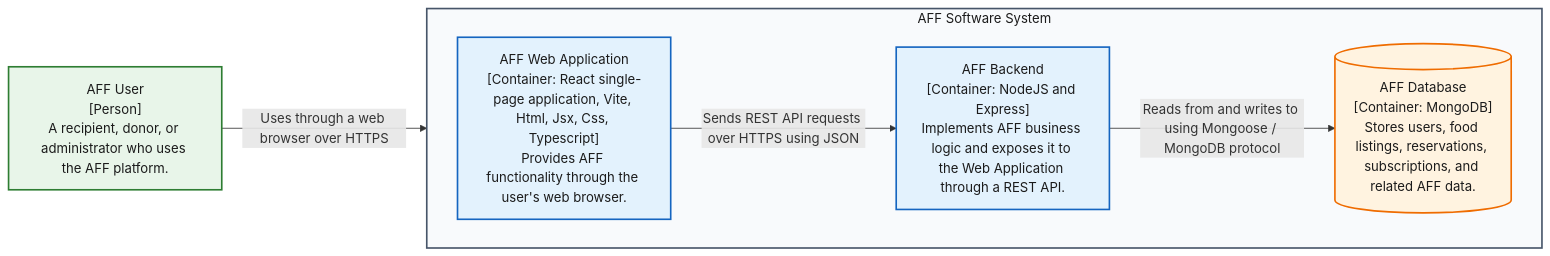
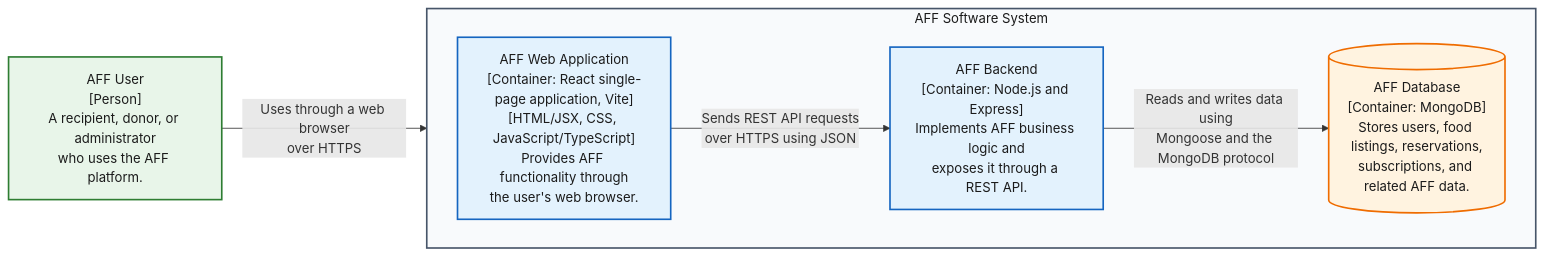
Before and after one commit to 2026B-FullStackDevelopment/aff: the diagram in docs/container-diagram.md, drawn with Mermaid. The commit also changed other lines of this file, not shown here.

Commit message:
Update container diagram to show fully on Github

````diff
--- a/docs/container-diagram.md
+++ b/docs/container-diagram.md
@@ -5,25 +5,25 @@
 ```mermaid
 %%{init: {"flowchart": {"curve": "linear"}}}%%
 flowchart LR
-  user["AFF User<br/>[Person]<br/>A recipient, donor, or administrator who uses the AFF platform."]
+  user["AFF User<br/>[Person]<br/>A recipient, donor, or administrator<br/>who uses the AFF platform."]
 
   subgraph aff["AFF Software System"]
     direction LR
-    web["AFF Web Application<br/>[Container: React single-page application, Vite, Html, Jsx, Css, Typescript]<br/>Provides AFF functionality through the user's web browser."]
-    backend["AFF Backend<br/>[Container: NodeJS and Express]<br/>Implements AFF business logic and exposes it to the Web Application through a REST API."]
-    database[("AFF Database<br/>[Container: MongoDB]<br/>Stores users, food listings, reservations, subscriptions, and related AFF data.")]
+    web["AFF Web Application<br/>[Container: React single-page application, Vite]<br/>[HTML/JSX, CSS, JavaScript/TypeScript]<br/>Provides AFF functionality through<br/>the user's web browser."]
+    backend["AFF Backend<br/>[Container: Node.js and Express]<br/>Implements AFF business logic and<br/>exposes it through a REST API."]
+    database[("AFF Database<br/>[Container: MongoDB]<br/>Stores users, food listings, reservations,<br/>subscriptions, and related AFF data.")]
 
-    web -->|"Sends REST API requests over HTTPS using JSON"| backend
-    backend -->|"Reads from and writes to using Mongoose / MongoDB protocol"| database
+    web -->|"Sends REST API requests<br/>over HTTPS using JSON"| backend
+    backend -->|"Reads and writes data using<br/>Mongoose and the MongoDB protocol"| database
   end
 
-  user -->|"Uses through a web browser over HTTPS"| web
+  user -->|"Uses through a web browser<br/>over HTTPS"| web
 
   classDef person fill:#E8F5E9,stroke:#2E7D32,color:#1B1B1B,stroke-width:2px;
   classDef application fill:#E3F2FD,stroke:#1565C0,color:#1B1B1B,stroke-width:2px;
   classDef dataStore fill:#FFF3E0,stroke:#EF6C00,color:#1B1B1B,stroke-width:2px;
   class user person;
   class web,backend application;
   class database dataStore;
   style aff fill:#F8FAFC,stroke:#475569,color:#1B1B1B,stroke-width:2px;
 ```
````
